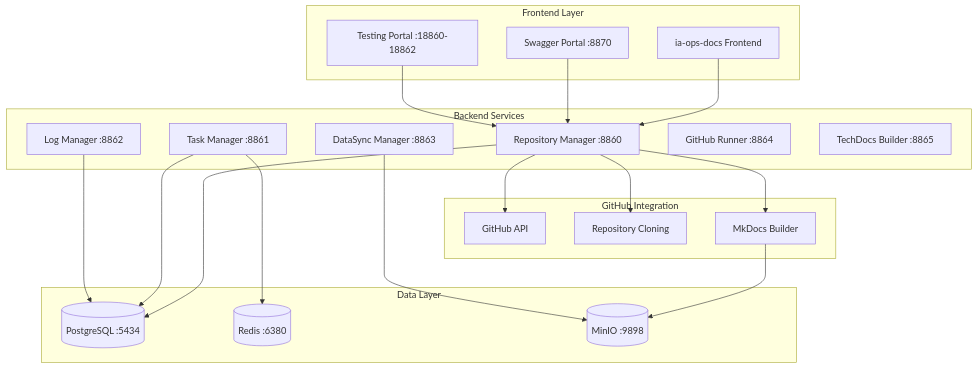
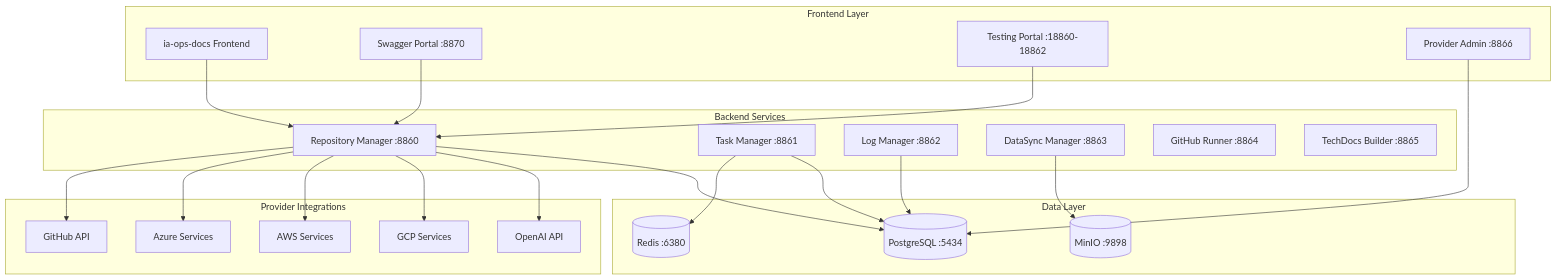
The diagram in README.md (giovanemere/ia-ops-dev-core), drawn with Mermaid before and after one commit. The commit also changed other lines of this file and 4 other files, not shown here.

````diff
--- a/README.md
+++ b/README.md
@@ -7,42 +7,47 @@
 ```mermaid
 graph TB
     subgraph "Frontend Layer"
         FE[ia-ops-docs Frontend]
         SP[Swagger Portal :8870]
         TP[Testing Portal :18860-18862]
+        PA[Provider Admin :8866]
     end
     
     subgraph "Backend Services"
         RM[Repository Manager :8860]
         TM[Task Manager :8861] 
         LM[Log Manager :8862]
         DS[DataSync Manager :8863]
         GR[GitHub Runner :8864]
         TD[TechDocs Builder :8865]
     end
     
-    subgraph "GitHub Integration"
+    subgraph "Provider Integrations"
         GH[GitHub API]
-        CLONE[Repository Cloning]
-        MKDOCS[MkDocs Builder]
+        AZ[Azure Services]
+        AWS[AWS Services]
+        GCP[GCP Services]
+        AI[OpenAI API]
     end
     
     subgraph "Data Layer"
         PG[(PostgreSQL :5434)]
         RD[(Redis :6380)]
         MN[(MinIO :9898)]
     end
     
     FE --> RM
     SP --> RM
     TP --> RM
+    PA --> PG
     RM --> GH
-    RM --> CLONE
-    RM --> MKDOCS
-    MKDOCS --> MN
+    RM --> AZ
+    RM --> AWS
+    RM --> GCP
+    RM --> AI
     RM --> PG
     TM --> RD
     TM --> PG
     LM --> PG
     DS --> MN
 ```
````
